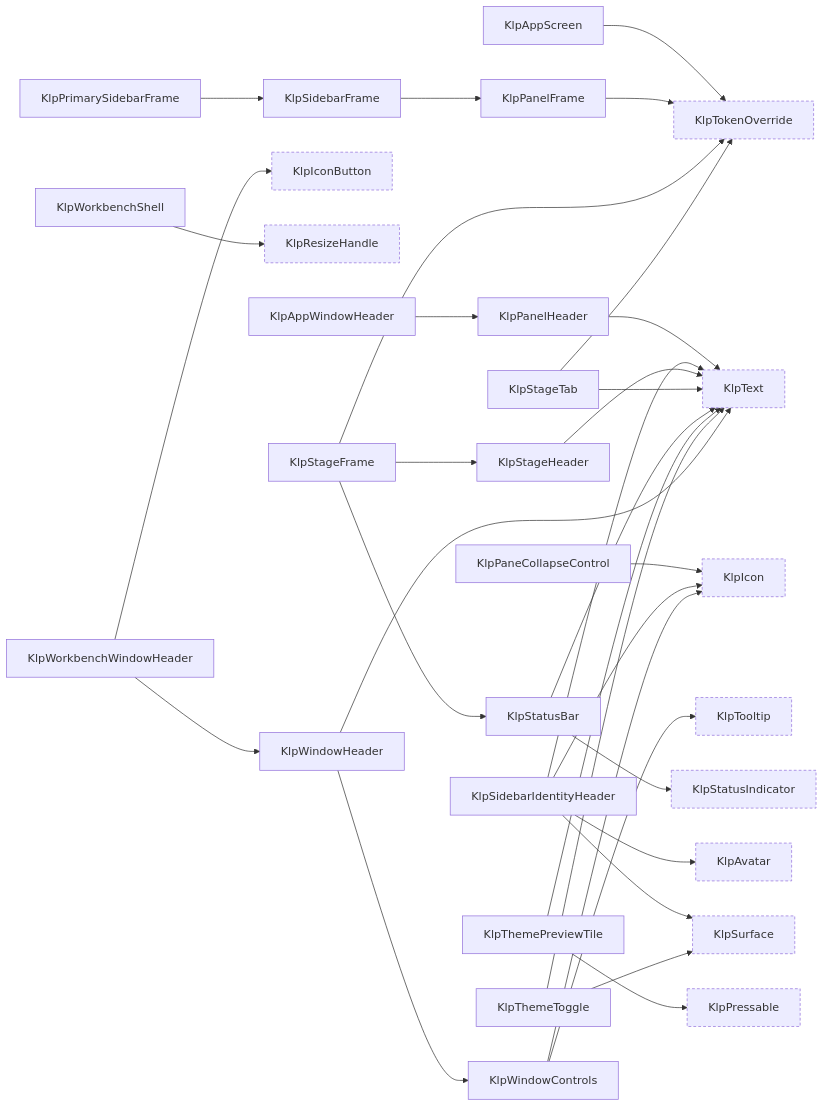
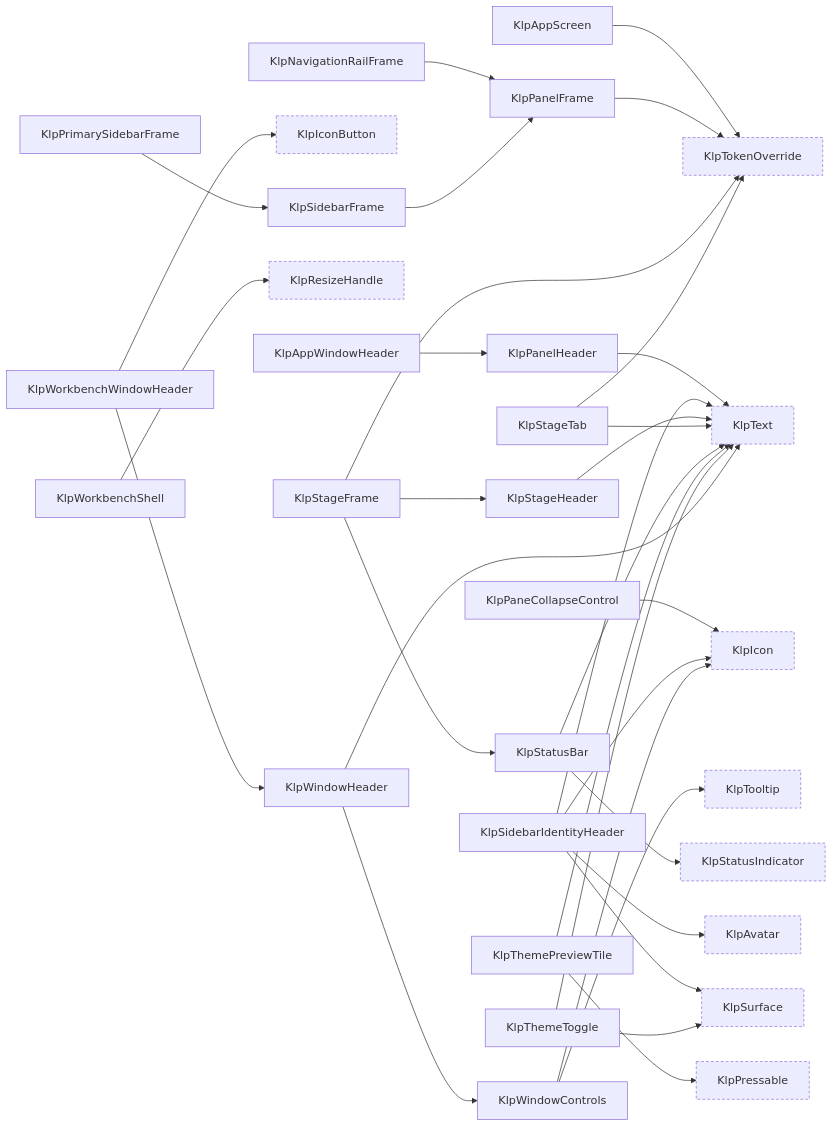
Before and after one commit to MiuDog/Kallopis: diagram 16 of 18 in spec/component-inventory.md, drawn with Mermaid. The commit also changed other lines of this file and 29 other files, not shown here.

````diff
--- a/spec/component-inventory.md
+++ b/spec/component-inventory.md
@@ -1226,62 +1231,64 @@
 ```mermaid
 graph LR
   KlpAppScreen["KlpAppScreen"]
   KlpAppWindowHeader["KlpAppWindowHeader"]
   KlpAvatar["KlpAvatar"]:::external
   KlpIcon["KlpIcon"]:::external
   KlpIconButton["KlpIconButton"]:::external
+  KlpNavigationRailFrame["KlpNavigationRailFrame"]
   KlpPaneCollapseControl["KlpPaneCollapseControl"]
   KlpPanelFrame["KlpPanelFrame"]
   KlpPanelHeader["KlpPanelHeader"]
   KlpPressable["KlpPressable"]:::external
   KlpPrimarySidebarFrame["KlpPrimarySidebarFrame"]
   KlpResizeHandle["KlpResizeHandle"]:::external
   KlpSidebarFrame["KlpSidebarFrame"]
   KlpSidebarIdentityHeader["KlpSidebarIdentityHeader"]
   KlpStageFrame["KlpStageFrame"]
   KlpStageHeader["KlpStageHeader"]
   KlpStageTab["KlpStageTab"]
   KlpStatusBar["KlpStatusBar"]
   KlpStatusIndicator["KlpStatusIndicator"]:::external
   KlpSurface["KlpSurface"]:::external
   KlpText["KlpText"]:::external
   KlpThemePreviewTile["KlpThemePreviewTile"]
   KlpThemeToggle["KlpThemeToggle"]
   KlpTokenOverride["KlpTokenOverride"]:::external
   KlpTooltip["KlpTooltip"]:::external
   KlpWindowControls["KlpWindowControls"]
   KlpWindowHeader["KlpWindowHeader"]
   KlpWorkbenchShell["KlpWorkbenchShell"]
   KlpWorkbenchWindowHeader["KlpWorkbenchWindowHeader"]
   KlpAppScreen --> KlpTokenOverride
   KlpAppWindowHeader --> KlpPanelHeader
+  KlpNavigationRailFrame --> KlpPanelFrame
   KlpPaneCollapseControl --> KlpIcon
   KlpPanelFrame --> KlpTokenOverride
   KlpPanelHeader --> KlpText
   KlpPrimarySidebarFrame --> KlpSidebarFrame
   KlpSidebarFrame --> KlpPanelFrame
   KlpSidebarIdentityHeader --> KlpAvatar
   KlpSidebarIdentityHeader --> KlpIcon
   KlpSidebarIdentityHeader --> KlpSurface
   KlpSidebarIdentityHeader --> KlpText
   KlpStageFrame --> KlpStageHeader
   KlpStageFrame --> KlpStatusBar
   KlpStageFrame --> KlpTokenOverride
   KlpStageHeader --> KlpText
   KlpStageTab --> KlpText
   KlpStageTab --> KlpTokenOverride
   KlpStatusBar --> KlpStatusIndicator
   KlpStatusBar --> KlpText
   KlpThemePreviewTile --> KlpPressable
   KlpThemePreviewTile --> KlpText
   KlpThemeToggle --> KlpSurface
   KlpThemeToggle --> KlpText
   KlpWindowControls --> KlpIcon
   KlpWindowControls --> KlpTooltip
   KlpWindowHeader --> KlpText
   KlpWindowHeader --> KlpWindowControls
   KlpWorkbenchShell --> KlpResizeHandle
   KlpWorkbenchWindowHeader --> KlpIconButton
   KlpWorkbenchWindowHeader --> KlpWindowHeader
   classDef external stroke-dasharray: 4 3;
 ```
````
